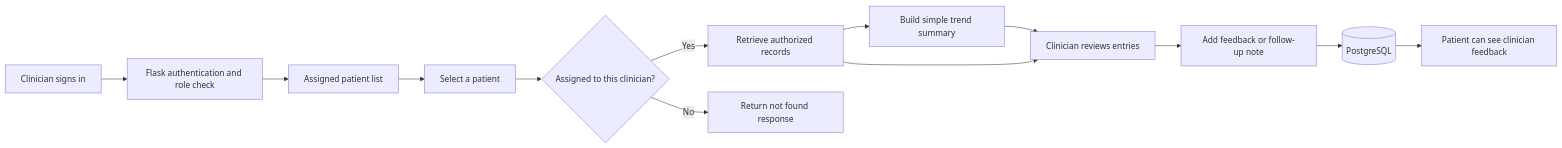
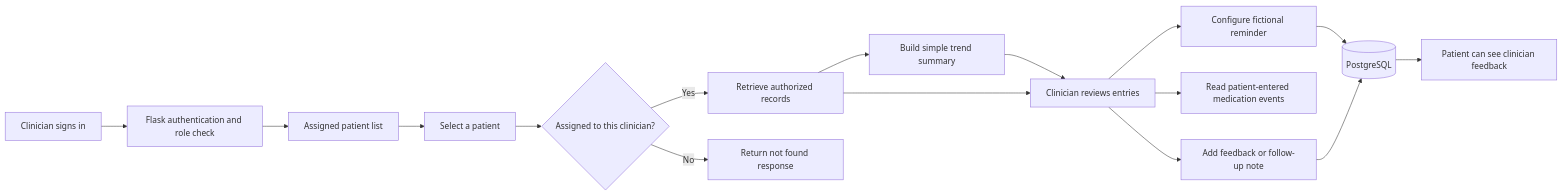
The fourth of 7 diagrams in docs/system-tutorials.md (R-gitonga/AfyaGlyco), drawn with Mermaid before and after one commit. The commit also changed other lines of this file and 20 other files, not shown here.

````diff
--- a/docs/system-tutorials.md
+++ b/docs/system-tutorials.md
@@ -115,22 +121,26 @@
 ```mermaid
 flowchart LR
     Clinician[Clinician signs in]
     Auth[Flask authentication and role check]
     List[Assigned patient list]
     Select[Select a patient]
     Assignment{Assigned to this clinician?}
     Records[Retrieve authorized records]
     Trend[Build simple trend summary]
     Review[Clinician reviews entries]
+    Reminder[Configure fictional reminder]
+    Events[Read patient-entered medication events]
     Note[Add feedback or follow-up note]
     Store[(PostgreSQL)]
     PatientView[Patient can see clinician feedback]
 
     Clinician --> Auth --> List --> Select --> Assignment
     Assignment -->|Yes| Records
     Assignment -->|No| Denied[Return not found response]
     Records --> Trend --> Review
     Records --> Review
+    Review --> Reminder --> Store
+    Review --> Events
     Review --> Note --> Store
     Store --> PatientView
 ```
````
